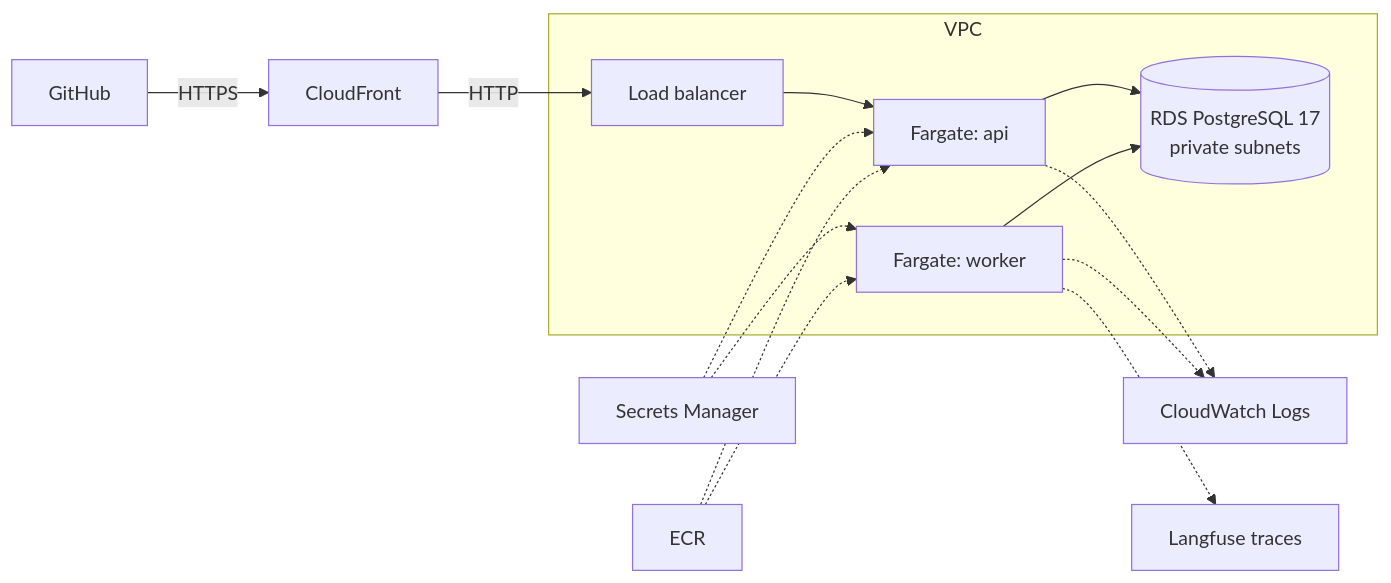
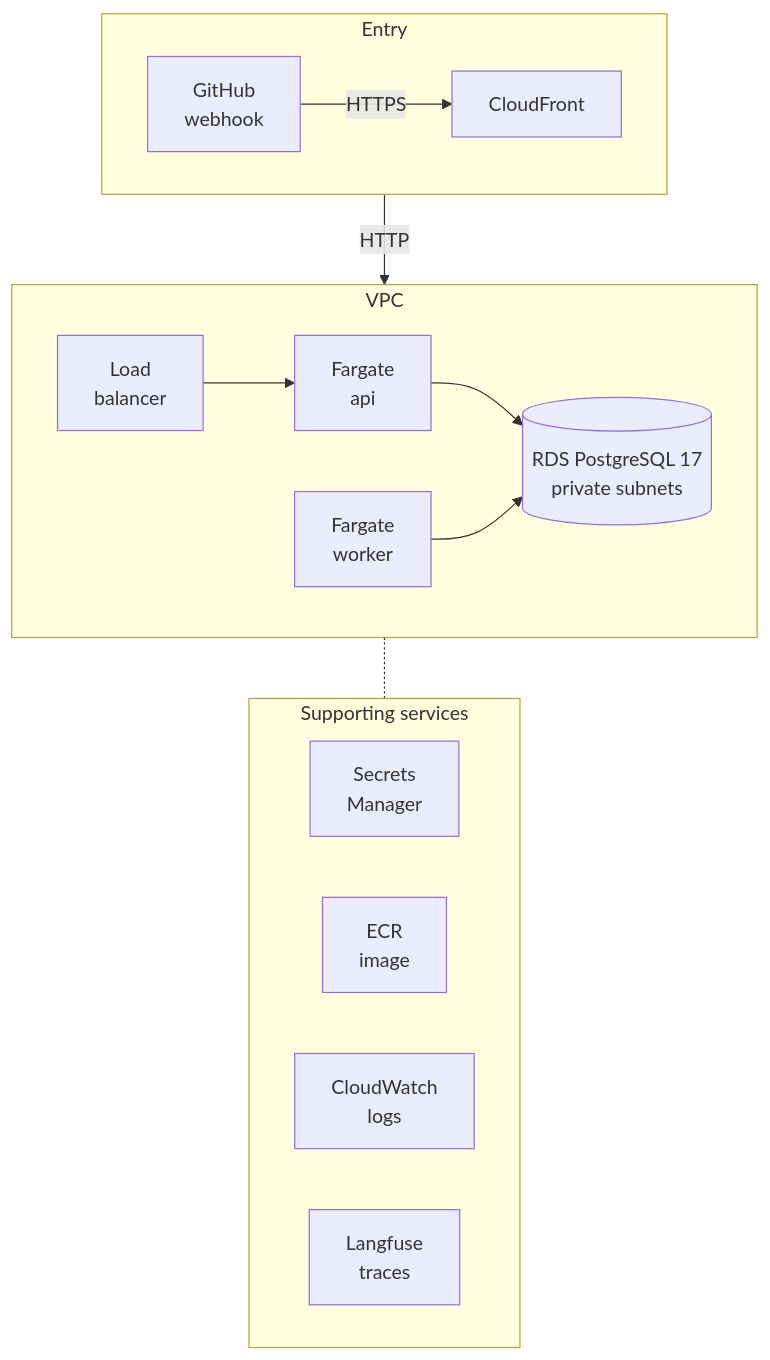
The second of 2 diagrams in README.md (dalmirosf/cicd-doctor), drawn with Mermaid before and after one commit. The commit also changed other lines of this file and 6 other files, not shown here.

First line of the commit message:
README: readable diagrams, MIT license and the real AWS cost (#83)

````diff
--- a/README.md
+++ b/README.md
@@ -72,17 +81,22 @@
 ```mermaid
-flowchart LR
-    GH[GitHub] -->|HTTPS| CF[CloudFront]
-    CF -->|HTTP| ALB[Load balancer]
+flowchart TB
+    subgraph ENTRY[Entry]
+        direction LR
+        GH[GitHub<br/>webhook] -->|HTTPS| CF[CloudFront]
+    end
     subgraph VPC
-      ALB --> API[Fargate: api]
-      API --> RDS[(RDS PostgreSQL 17<br/>private subnets)]
-      W[Fargate: worker] --> RDS
+        direction LR
+        ALB[Load<br/>balancer] --> API[Fargate<br/>api]
+        API --> RDS[(RDS PostgreSQL 17<br/>private subnets)]
+        W[Fargate<br/>worker] --> RDS
     end
-    SM[Secrets Manager] -.-> API
-    SM -.-> W
-    ECR[ECR] -.-> API
-    ECR -.-> W
-    API -.-> CW[CloudWatch Logs]
-    W -.-> CW
-    W -.-> LF[Langfuse traces]
+    subgraph AROUND[Supporting services]
+        direction LR
+        SM[Secrets<br/>Manager]
+        ECR[ECR<br/>image]
+        CW[CloudWatch<br/>logs]
+        LF[Langfuse<br/>traces]
+    end
+    ENTRY -->|HTTP| VPC
+    VPC -.- AROUND
 ```
````
